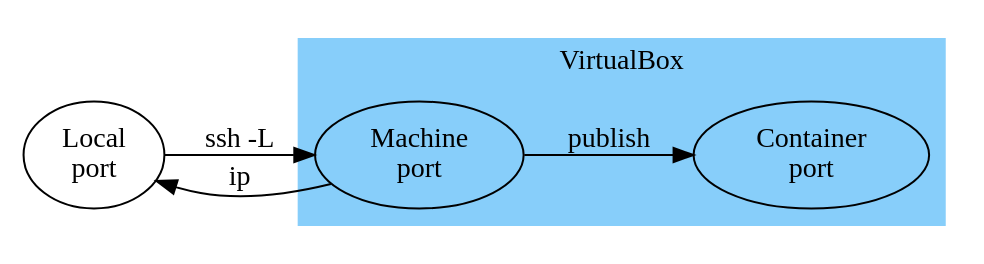
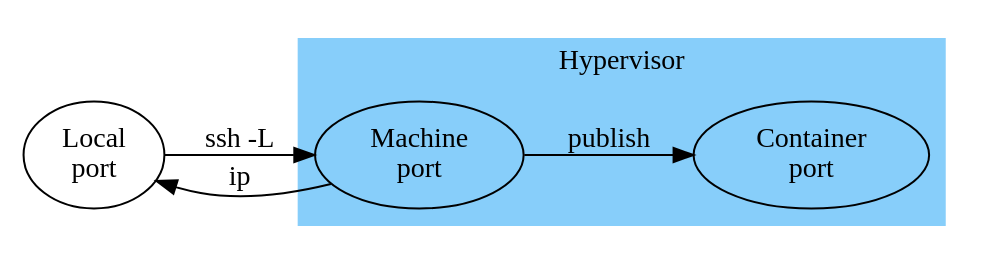
Before and after one commit to boot2podman/machine: the diagram in ports.dot, drawn with Graphviz. The commit also changed 6 other files, not shown here.

First line of the commit message:
Make documentation less VirtualBox-centric

```diff
--- a/ports.dot
+++ b/ports.dot
@@ -1,20 +1,20 @@
 digraph G {
   rankdir=LR;
   graph [fontname = "Source Sans Pro"];
   node [fontname = "Source Sans Pro"];
   edge [fontname = "Source Sans Pro"];
 
   local [ label="Local\nport" ];
   machine [ label="Machine\nport" ];
   container [ label="Container\nport" ];
   subgraph cluster_VM {
     rankdir=LR;
     style=filled;
     color=lightskyblue;
     machine container;
-    label = "VirtualBox";
+    label = "Hypervisor";
   }
   local -> machine [ label="ssh -L" ];
   machine -> local [ label="ip" ];
   machine -> container [ label="publish" ];
 }
```
